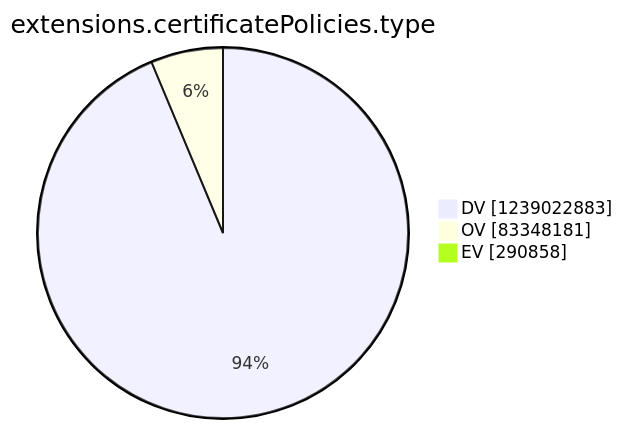
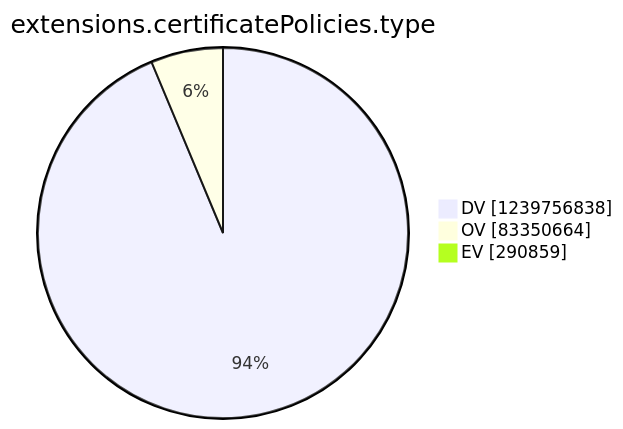
Before and after one commit to christiankrug/ctmonitor_visualization: the tenth of 15 diagrams in argon2022/README.md, drawn with Mermaid. The commit also changed other lines of this file, not shown here.

````diff
--- a/argon2022/README.md
+++ b/argon2022/README.md
@@ -2771,7 +2771,7 @@
 ```mermaid
 pie showData
 title extensions.certificatePolicies.type
-"DV" :1239022883
-"OV" :83348181
-"EV" :290858
+"DV" :1239756838
+"OV" :83350664
+"EV" :290859
 ```
````
